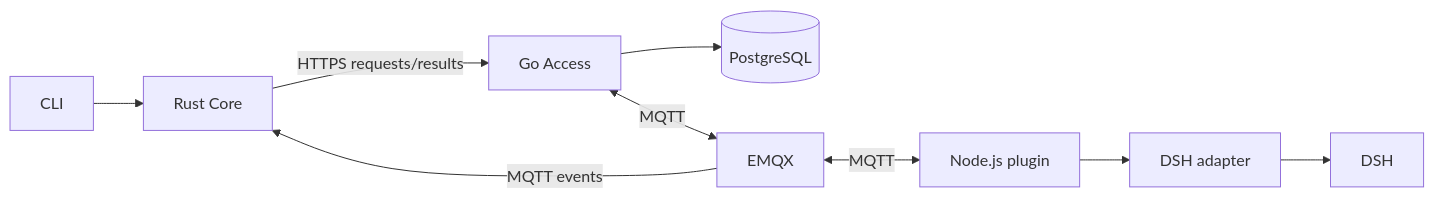
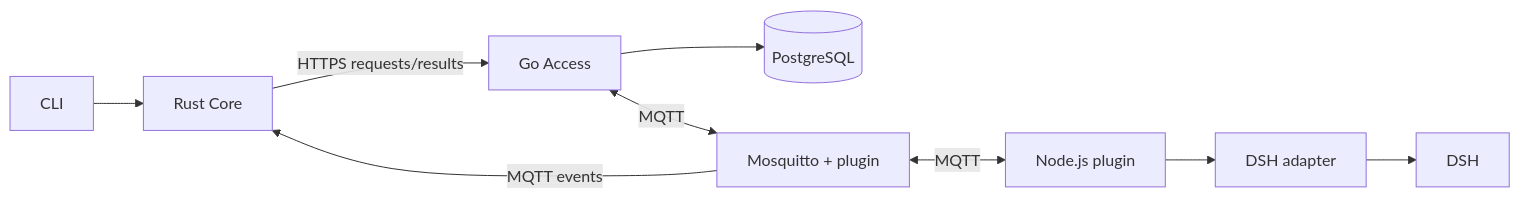
Before and after one commit to haodong32/whalerein: the diagram in docs/architecture.md, drawn with Mermaid. The commit also changed other lines of this file and 95 other files, not shown here.

First line of the commit message:
feat: replace EMQX with the Mosquitto line

````diff
--- a/docs/architecture.md
+++ b/docs/architecture.md
@@ -9,11 +9,11 @@
 ```mermaid
 flowchart LR
     CLI[CLI] --> Core[Rust Core]
     Core -->|HTTPS requests/results| Access[Go Access]
     Access --> DB[(PostgreSQL)]
-    Access <-->|MQTT| Broker[EMQX]
+    Access <-->|MQTT| Broker[Mosquitto + plugin]
     Broker <-->|MQTT| Plugin[Node.js plugin]
     Broker -->|MQTT events| Core
     Plugin --> Adapter[DSH adapter]
     Adapter --> DSH[DSH]
 ```
````
